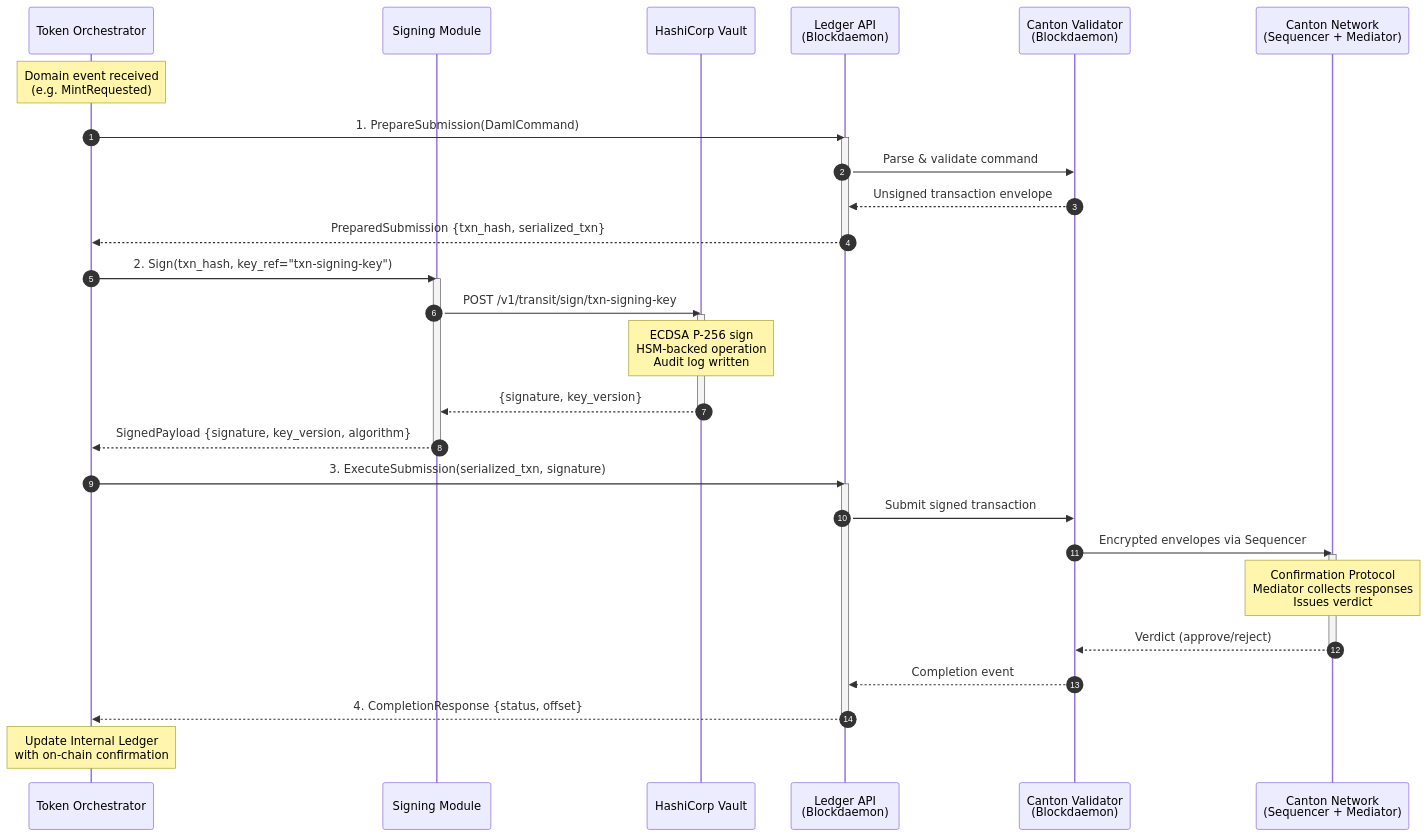
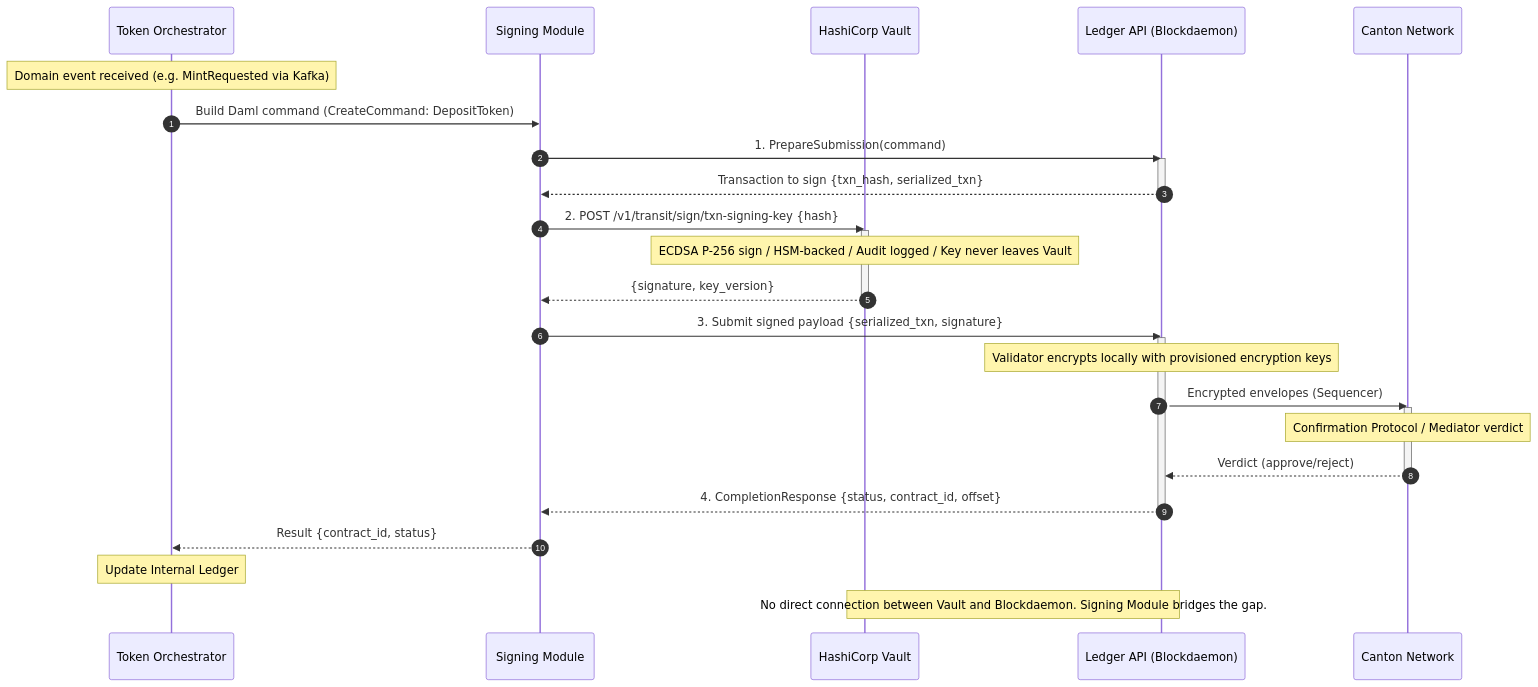
The diagram in diagrams/20-transaction-signing-flow.mmd (sickle5stone/canton), drawn with Mermaid before and after one commit. The commit also changed 5 other files, not shown here.

First line of the commit message:
Rewrite KMS architecture: one-time key provisioning with full segregation

```diff
--- a/diagrams/20-transaction-signing-flow.mmd
+++ b/diagrams/20-transaction-signing-flow.mmd
@@ -1,41 +1,38 @@
 sequenceDiagram
     autonumber
     participant ORCH as Token Orchestrator
     participant SIGNER as Signing Module
     participant VAULT as HashiCorp Vault
-    participant LAPI as Ledger API<br/>(Blockdaemon)
-    participant VALIDATOR as Canton Validator<br/>(Blockdaemon)
-    participant CANTON as Canton Network<br/>(Sequencer + Mediator)
+    participant LAPI as Ledger API (Blockdaemon)
+    participant CANTON as Canton Network
 
-    Note over ORCH: Domain event received<br/>(e.g. MintRequested)
+    Note over ORCH: Domain event received (e.g. MintRequested via Kafka)
 
-    ORCH->>LAPI: 1. PrepareSubmission(DamlCommand)
+    ORCH->>SIGNER: Build Daml command (CreateCommand: DepositToken)
+
+    SIGNER->>LAPI: 1. PrepareSubmission(command)
     activate LAPI
-    LAPI->>VALIDATOR: Parse & validate command
-    VALIDATOR-->>LAPI: Unsigned transaction envelope
-    LAPI-->>ORCH: PreparedSubmission {txn_hash, serialized_txn}
+    LAPI-->>SIGNER: Transaction to sign {txn_hash, serialized_txn}
     deactivate LAPI
 
-    ORCH->>SIGNER: 2. Sign(txn_hash, key_ref="txn-signing-key")
-    activate SIGNER
-    SIGNER->>VAULT: POST /v1/transit/sign/txn-signing-key
+    SIGNER->>VAULT: 2. POST /v1/transit/sign/txn-signing-key {hash}
     activate VAULT
-    Note over VAULT: ECDSA P-256 sign<br/>HSM-backed operation<br/>Audit log written
+    Note over VAULT: ECDSA P-256 sign / HSM-backed / Audit logged / Key never leaves Vault
     VAULT-->>SIGNER: {signature, key_version}
     deactivate VAULT
-    SIGNER-->>ORCH: SignedPayload {signature, key_version, algorithm}
-    deactivate SIGNER
 
-    ORCH->>LAPI: 3. ExecuteSubmission(serialized_txn, signature)
+    SIGNER->>LAPI: 3. Submit signed payload {serialized_txn, signature}
     activate LAPI
-    LAPI->>VALIDATOR: Submit signed transaction
-    VALIDATOR->>CANTON: Encrypted envelopes via Sequencer
+    Note over LAPI: Validator encrypts locally with provisioned encryption keys
+    LAPI->>CANTON: Encrypted envelopes (Sequencer)
     activate CANTON
-    Note over CANTON: Confirmation Protocol<br/>Mediator collects responses<br/>Issues verdict
-    CANTON-->>VALIDATOR: Verdict (approve/reject)
+    Note over CANTON: Confirmation Protocol / Mediator verdict
+    CANTON-->>LAPI: Verdict (approve/reject)
     deactivate CANTON
-    VALIDATOR-->>LAPI: Completion event
-    LAPI-->>ORCH: 4. CompletionResponse {status, offset}
+    LAPI-->>SIGNER: 4. CompletionResponse {status, contract_id, offset}
     deactivate LAPI
 
-    Note over ORCH: Update Internal Ledger<br/>with on-chain confirmation
+    SIGNER-->>ORCH: Result {contract_id, status}
+    Note over ORCH: Update Internal Ledger
+
+    Note over VAULT,LAPI: No direct connection between Vault and Blockdaemon. Signing Module bridges the gap.
```
